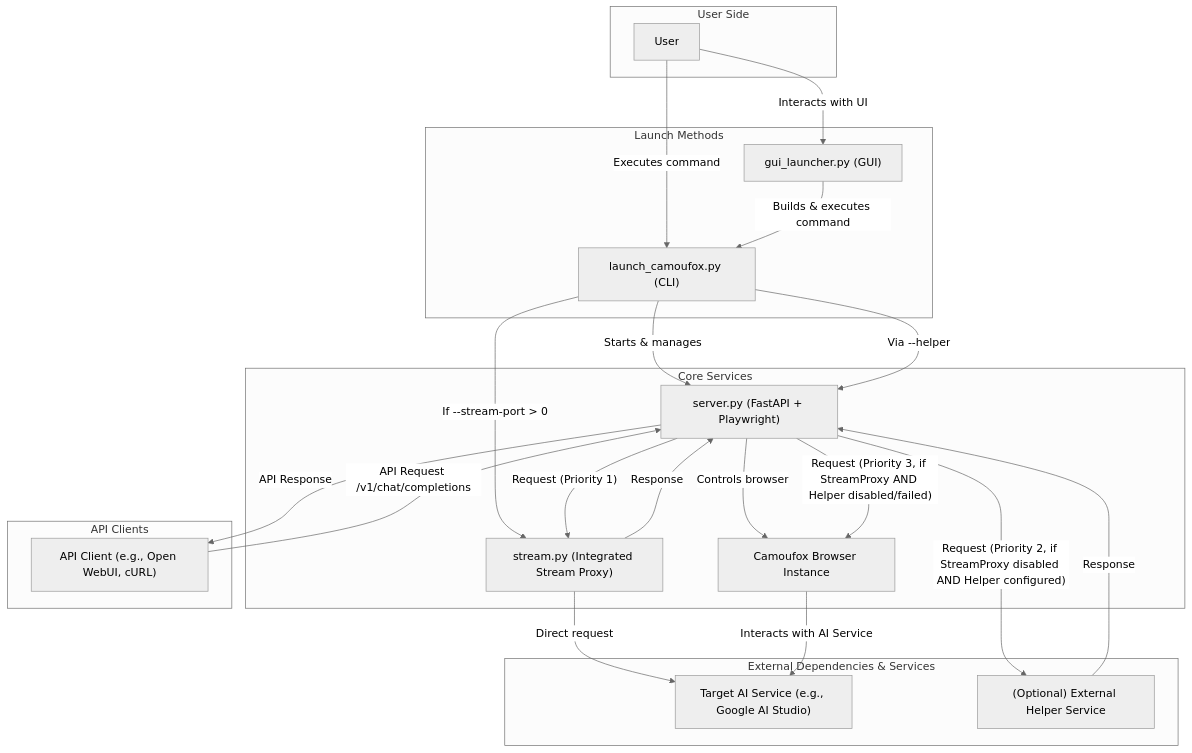
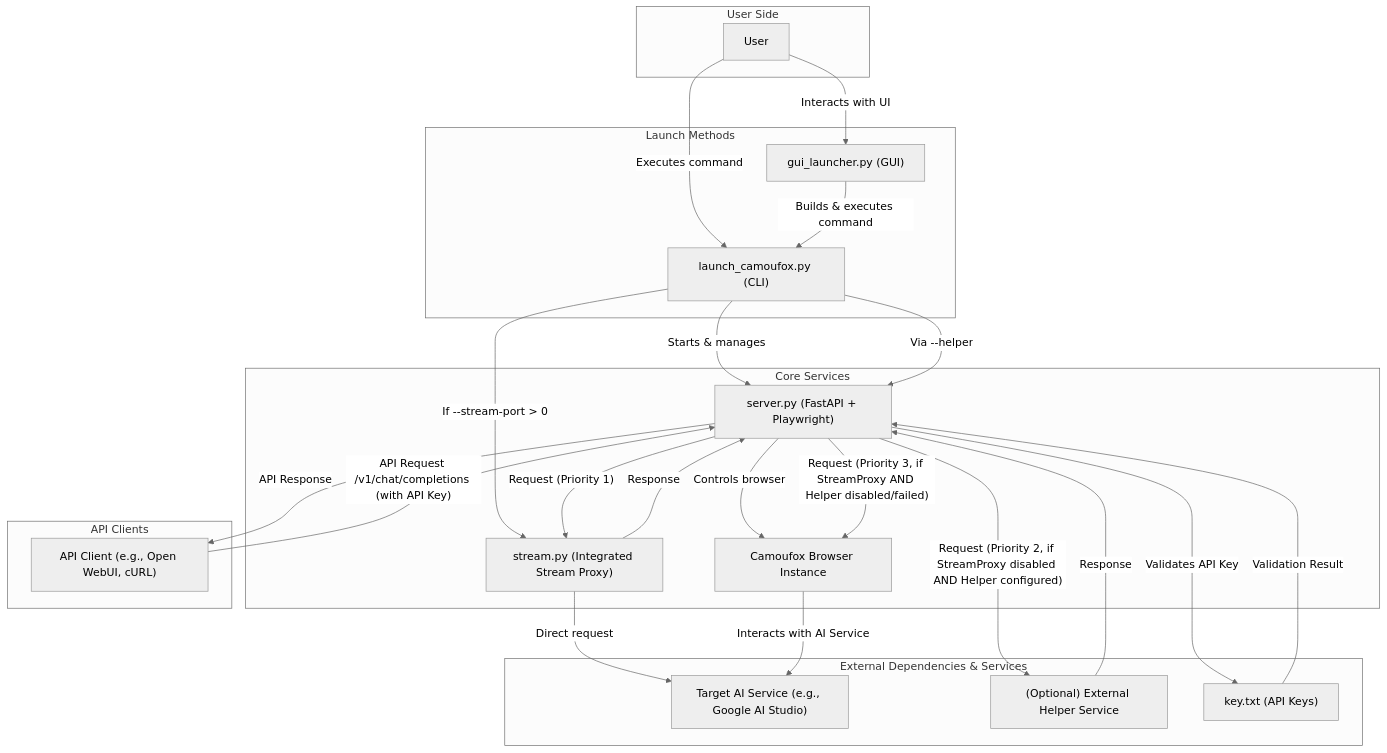
The diagram in README.md (yattin/AIstudioProxyAPI), drawn with Mermaid (neutral theme) before and after one commit.

Commit message:
feat: 添加 API 密钥验证流程架构图，增强安全性

````diff
--- a/README.md
+++ b/README.md
@@ -281,49 +281,52 @@
 ```mermaid
 graph TD
     subgraph "User Side"
         User["User"]
     end
 
     subgraph "Launch Methods"
         CLI_Launch["launch_camoufox.py (CLI)"]
         GUI_Launch["gui_launcher.py (GUI)"]
     end
 
     subgraph "Core Services"
         ServerPY["server.py (FastAPI + Playwright)"]
         StreamProxy["stream.py (Integrated Stream Proxy)"]
         CamoufoxInstance["Camoufox Browser Instance"]
     end
 
     subgraph "External Dependencies & Services"
         AI_Studio["Target AI Service (e.g., Google AI Studio)"]
         OptionalHelper["(Optional) External Helper Service"]
+        KeyFile["key.txt (API Keys)"]
     end
 
     subgraph "API Clients"
         API_Client["API Client (e.g., Open WebUI, cURL)"]
     end
 
     User -- "Executes command" --> CLI_Launch
     User -- "Interacts with UI" --> GUI_Launch
     
     GUI_Launch -- "Builds & executes command" --> CLI_Launch
 
     CLI_Launch -- "Starts & manages" --> ServerPY
     CLI_Launch -- "If --stream-port > 0" --> StreamProxy
     CLI_Launch -- "Via --helper <url>" --> ServerPY
     
     ServerPY -- "Controls browser" --> CamoufoxInstance
     ServerPY -- "Request (Priority 1)" --> StreamProxy
     StreamProxy -- "Direct request" --> AI_Studio
     StreamProxy -- "Response" --> ServerPY
     
     ServerPY -- "Request (Priority 2, if StreamProxy disabled AND Helper configured)" --> OptionalHelper
     OptionalHelper -- "Response" --> ServerPY
 
     ServerPY -- "Request (Priority 3, if StreamProxy AND Helper disabled/failed)" --> CamoufoxInstance
     CamoufoxInstance -- "Interacts with AI Service" --> AI_Studio
     
-    API_Client -- "API Request /v1/chat/completions" --> ServerPY
+    API_Client -- "API Request /v1/chat/completions (with API Key)" --> ServerPY
+    ServerPY -- "Validates API Key" --> KeyFile
+    KeyFile -- "Validation Result" --> ServerPY
     ServerPY -- "API Response" --> API_Client
 ```
````
